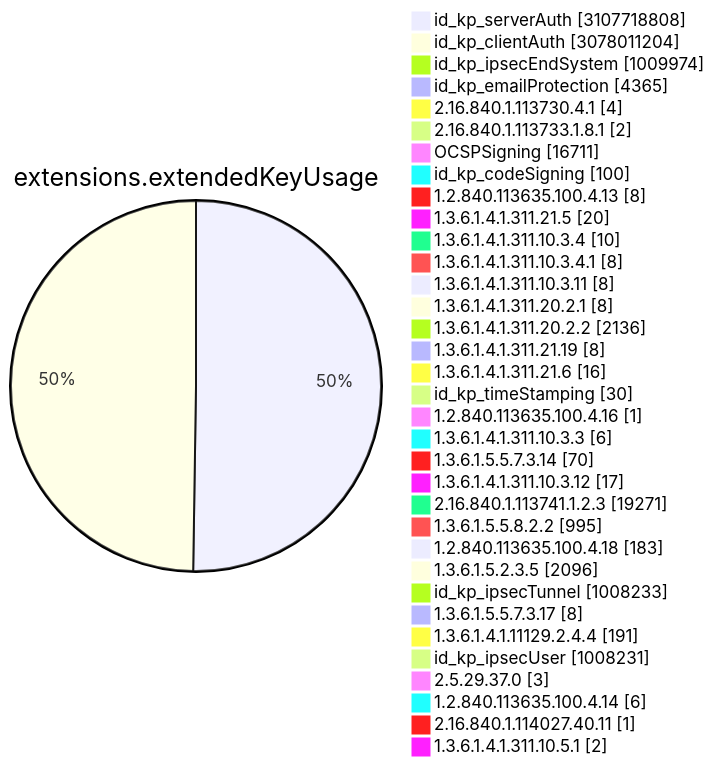
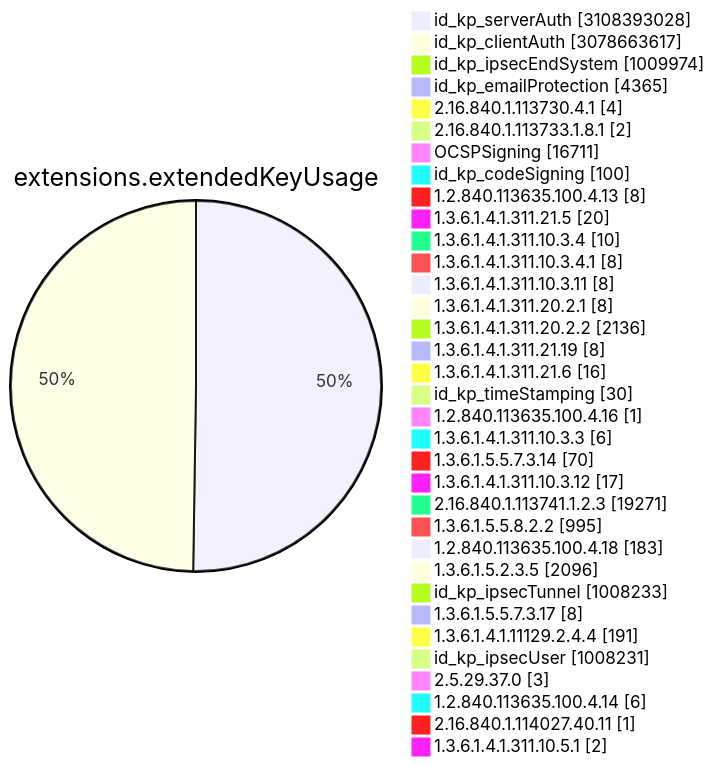
One commit to christiankrug/ctmonitor_visualization changed diagram 11 of 15 in TOTAL/README.md. Above: the diagram before and after it, drawn with Mermaid. The commit also changed other lines of this file, not shown here.

````diff
--- a/TOTAL/README.md
+++ b/TOTAL/README.md
@@ -4117,38 +4117,38 @@
 ```mermaid
 pie showData
 title extensions.extendedKeyUsage
-"id_kp_serverAuth" :3107718808
-"id_kp_clientAuth" :3078011204
+"id_kp_serverAuth" :3108393028
+"id_kp_clientAuth" :3078663617
 "id_kp_ipsecEndSystem" :1009974
 "id_kp_emailProtection" :4365
 "2.16.840.1.113730.4.1" :4
 "2.16.840.1.113733.1.8.1" :2
 "OCSPSigning" :16711
 "id_kp_codeSigning" :100
 "1.2.840.113635.100.4.13" :8
 "1.3.6.1.4.1.311.21.5" :20
 "1.3.6.1.4.1.311.10.3.4" :10
 "1.3.6.1.4.1.311.10.3.4.1" :8
 "1.3.6.1.4.1.311.10.3.11" :8
 "1.3.6.1.4.1.311.20.2.1" :8
 "1.3.6.1.4.1.311.20.2.2" :2136
 "1.3.6.1.4.1.311.21.19" :8
 "1.3.6.1.4.1.311.21.6" :16
 "id_kp_timeStamping" :30
 "1.2.840.113635.100.4.16" :1
 "1.3.6.1.4.1.311.10.3.3" :6
 "1.3.6.1.5.5.7.3.14" :70
 "1.3.6.1.4.1.311.10.3.12" :17
 "2.16.840.1.113741.1.2.3" :19271
 "1.3.6.1.5.5.8.2.2" :995
 "1.2.840.113635.100.4.18" :183
 "1.3.6.1.5.2.3.5" :2096
 "id_kp_ipsecTunnel" :1008233
 "1.3.6.1.5.5.7.3.17" :8
 "1.3.6.1.4.1.11129.2.4.4" :191
 "id_kp_ipsecUser" :1008231
 "2.5.29.37.0" :3
 "1.2.840.113635.100.4.14" :6
 "2.16.840.1.114027.40.11" :1
 "1.3.6.1.4.1.311.10.5.1" :2
 ```
````
